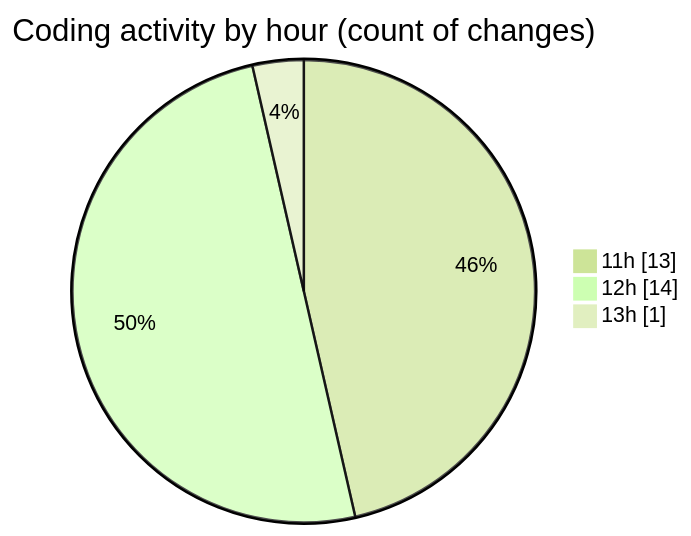
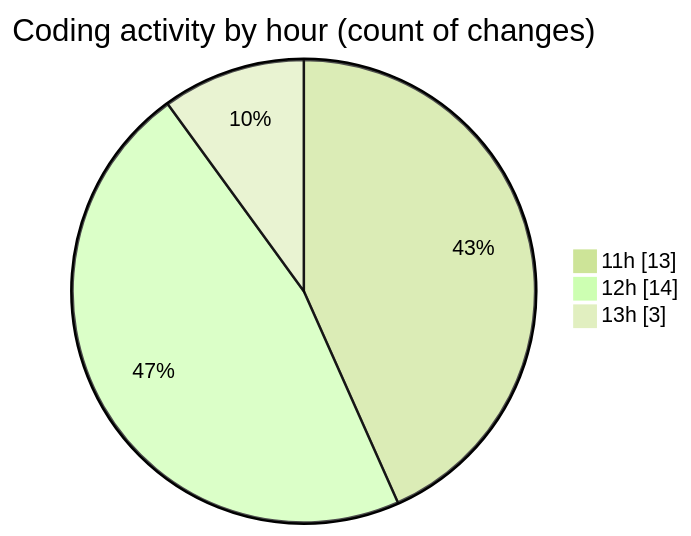
Before and after one commit to nxtqubesakshisongat/code-tracking: the second of 2 diagrams in 2025-12-29/nxtqube_webapp/README.md, drawn with Mermaid (forest theme). The commit also changed other lines of this file and 1 other file, not shown here.

````diff
--- a/2025-12-29/nxtqube_webapp/README.md
+++ b/2025-12-29/nxtqube_webapp/README.md
@@ -28,7 +29,7 @@
 ```mermaid
 pie showData
 title Coding activity by hour (count of changes)
 "11h" : 13
 "12h" : 14
-"13h" : 1
+"13h" : 3
 ```
````
